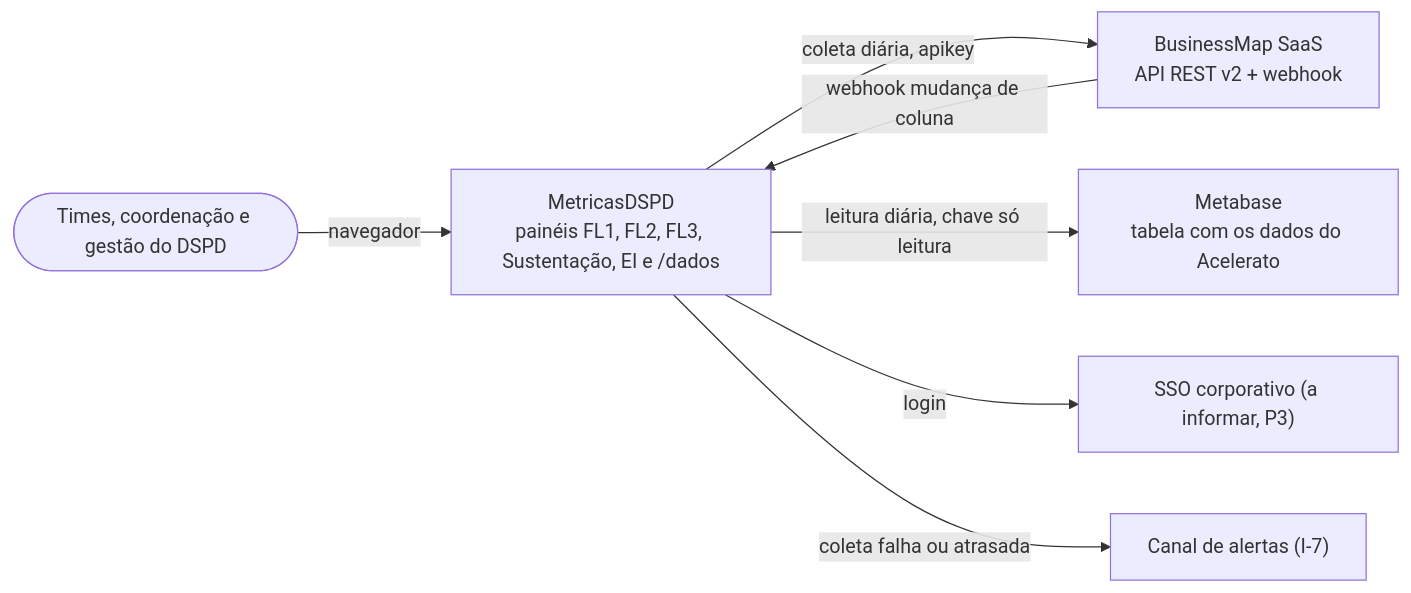
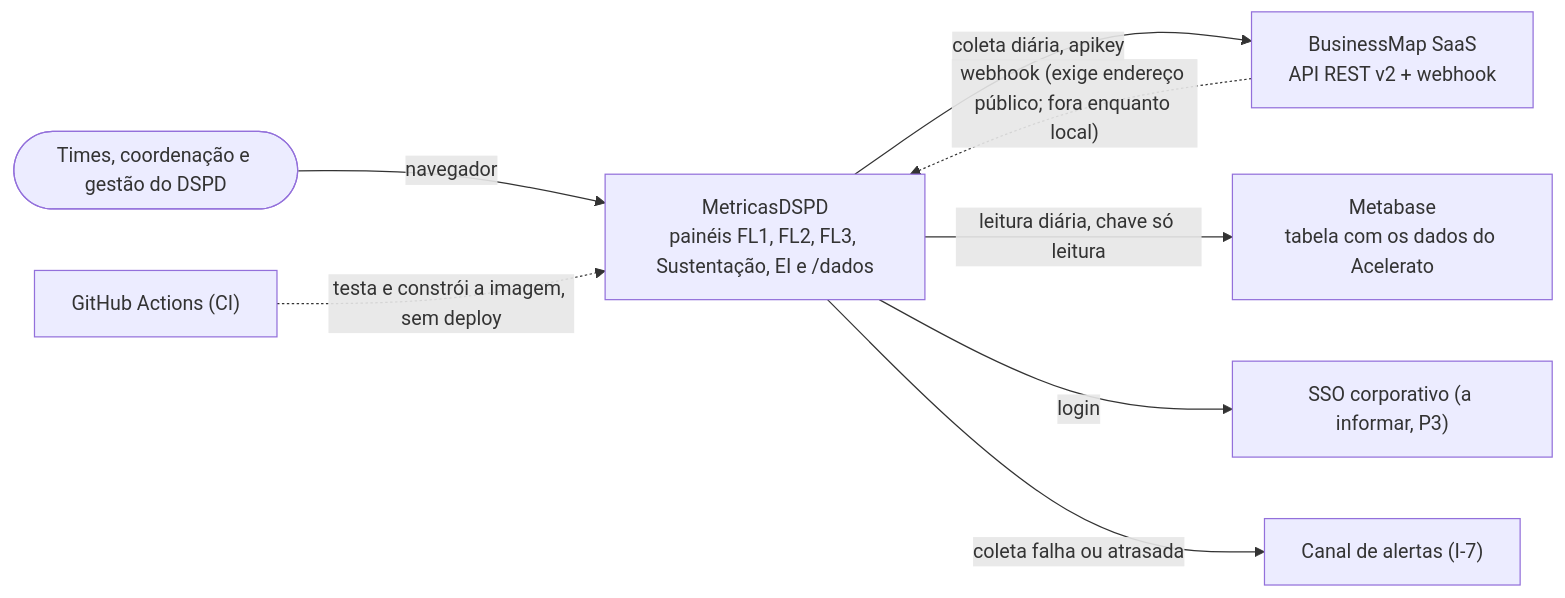
Before and after one commit to rodrigo-isensee/MetricasDSPD: the first of 4 diagrams in docs/architecture/overview.md, drawn with Mermaid. The commit also changed other lines of this file and 10 other files, not shown here.

````diff
--- a/docs/architecture/overview.md
+++ b/docs/architecture/overview.md
@@ -12,15 +11,17 @@
 ```mermaid
 flowchart LR
   pessoas(["Times, coordenação e gestão do DSPD"])
   sistema["MetricasDSPD<br/>painéis FL1, FL2, FL3, Sustentação, EI e /dados"]
   bm["BusinessMap SaaS<br/>API REST v2 + webhook"]
   mb["Metabase<br/>tabela com os dados do Acelerato"]
   sso["SSO corporativo (a informar, P3)"]
   canal["Canal de alertas (I-7)"]
+  gh["GitHub Actions (CI)"]
   pessoas -->|navegador| sistema
   sistema -->|coleta diária, apikey| bm
-  bm -->|webhook mudança de coluna| sistema
+  bm -.->|"webhook (exige endereço público; fora enquanto local)"| sistema
   sistema -->|leitura diária, chave só leitura| mb
   sistema -->|login| sso
   sistema -->|coleta falha ou atrasada| canal
+  gh -.->|testa e constrói a imagem, sem deploy| sistema
 ```
````
